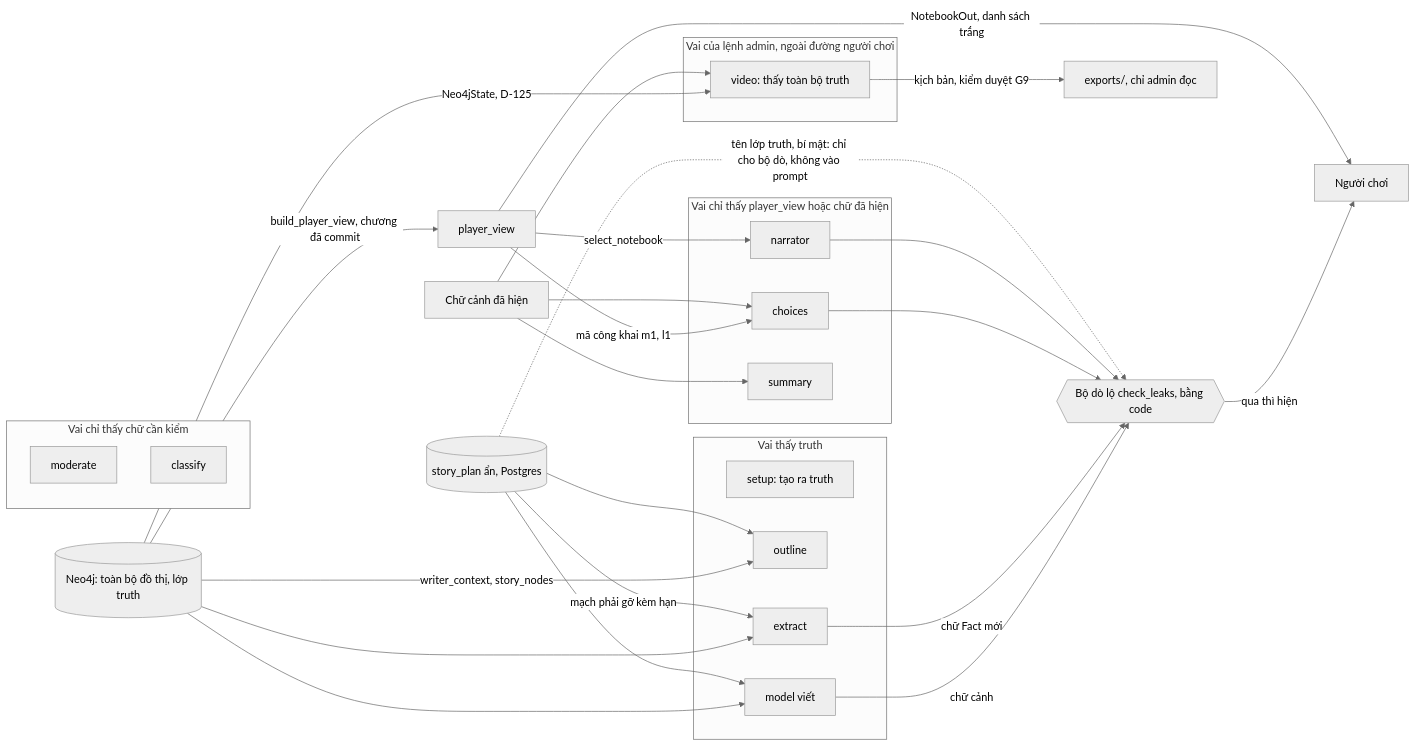
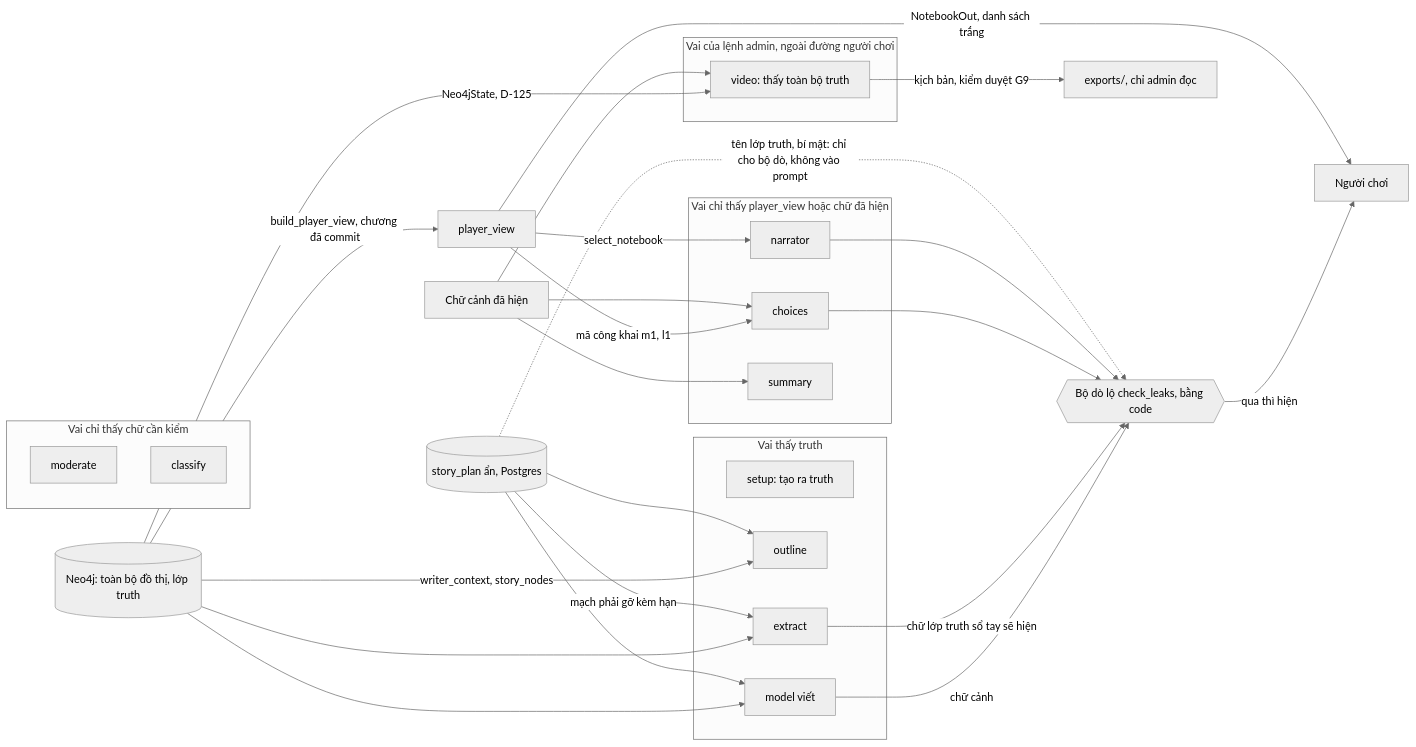
Before and after one commit to orms147/writory: the eighth of 12 diagrams in docs/architecture.md, drawn with Mermaid (neutral theme). The commit also changed other lines of this file and 9 other files, not shown here.

First line of the commit message:
fix(G2): sổ tay không hiện chữ lớp truth nói hơn câu trích (D-134)

````diff
--- a/docs/architecture.md
+++ b/docs/architecture.md
@@ -270,45 +270,45 @@
 ```mermaid
 flowchart LR
   neo[("Neo4j: toàn bộ đồ thị, lớp truth")]
   plan[("story_plan ẩn, Postgres")]
   subgraph sees_truth["Vai thấy truth"]
     v_setup["setup: tạo ra truth"]
     v_outline["outline"]
     v_writer["model viết"]
     v_extract["extract"]
   end
   subgraph sees_view["Vai chỉ thấy player_view hoặc chữ đã hiện"]
     v_choices["choices"]
     v_narrator["narrator"]
     v_summary["summary"]
   end
   subgraph sees_text["Vai chỉ thấy chữ cần kiểm"]
     v_moderate["moderate"]
     v_classify["classify"]
   end
   subgraph admin_only["Vai của lệnh admin, ngoài đường người chơi"]
     v_video["video: thấy toàn bộ truth"]
   end
   neo -->|writer_context, story_nodes| v_outline
   neo --> v_writer
   neo --> v_extract
   plan --> v_outline
   plan --> v_writer
   plan -->|mạch phải gỡ kèm hạn| v_extract
   neo -->|build_player_view, chương đã commit| pv["player_view"]
   pv -->|mã công khai m1, l1| v_choices
   pv -->|select_notebook| v_narrator
   page["Chữ cảnh đã hiện"] --> v_summary
   page --> v_choices
   leak{{"Bộ dò lộ check_leaks, bằng code"}}
   v_writer -->|chữ cảnh| leak
-  v_extract -->|chữ Fact mới| leak
+  v_extract -->|chữ lớp truth sổ tay sẽ hiện| leak
   v_choices --> leak
   v_narrator --> leak
   plan -.->|tên lớp truth, bí mật: chỉ cho bộ dò, không vào prompt| leak
   leak -->|qua thì hiện| player["Người chơi"]
   pv -->|NotebookOut, danh sách trắng| player
   neo -->|Neo4jState, D-125| v_video
   page --> v_video
   v_video -->|kịch bản, kiểm duyệt G9| exports["exports/, chỉ admin đọc"]
 ```
````
